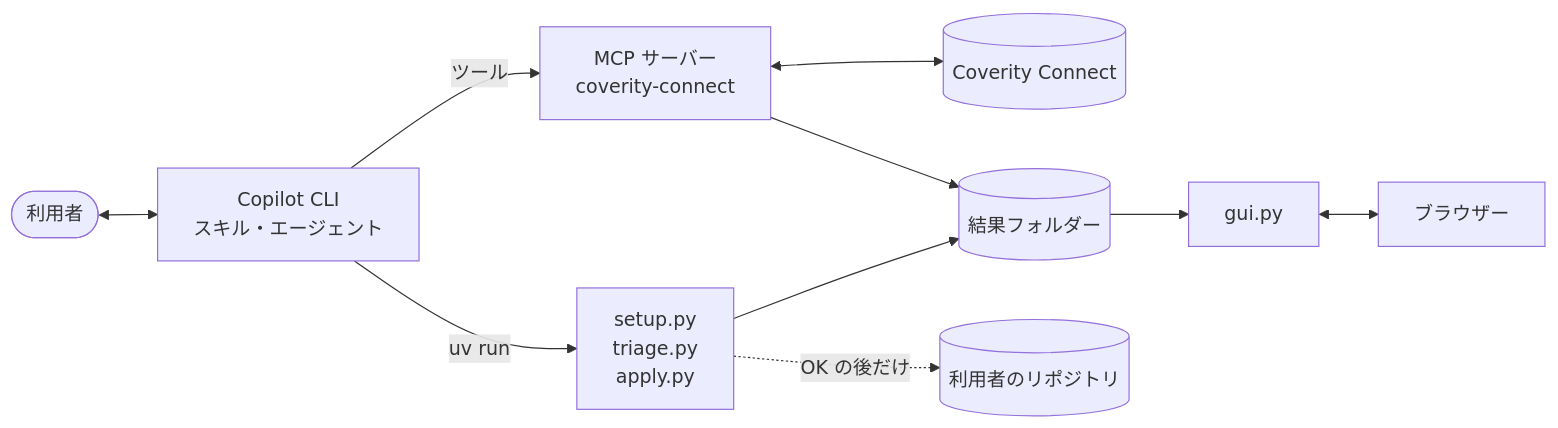
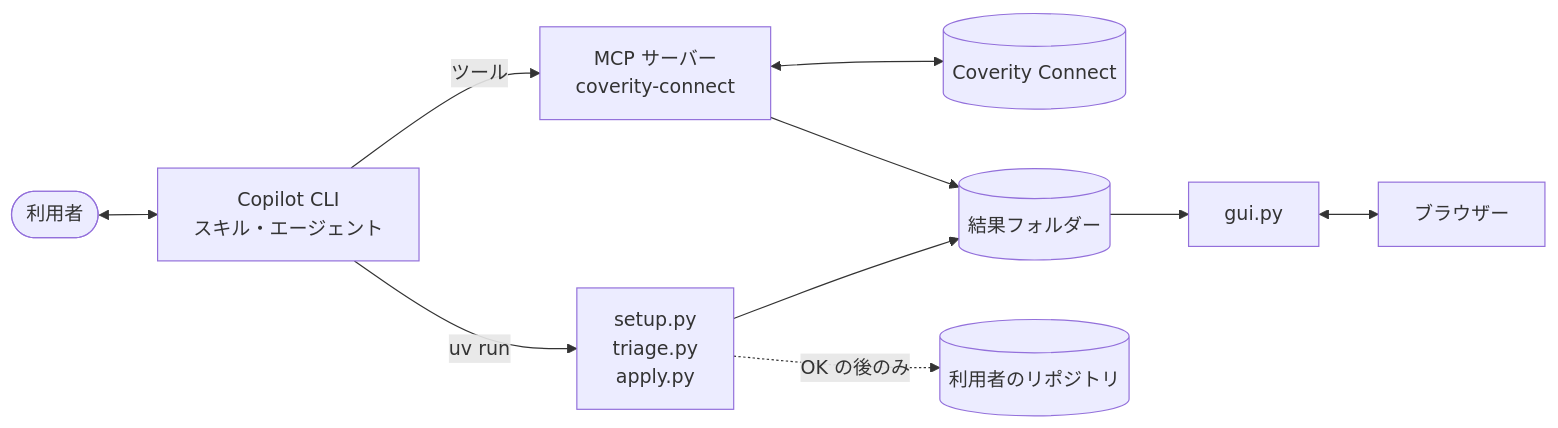
The first of 4 diagrams in docs-site/docs/dev/architecture.md (xclang-brain/plugin-market-place), drawn with Mermaid before and after one commit. The commit also changed other lines of this file and 9 other files, not shown here.

````diff
--- a/docs-site/docs/dev/architecture.md
+++ b/docs-site/docs/dev/architecture.md
@@ -7,11 +7,11 @@
 ```mermaid
 flowchart LR
   user(["利用者"]) <--> cli["Copilot CLI<br>スキル・エージェント"]
   cli -- "uv run" --> scripts["setup.py<br>triage.py<br>apply.py"]
   cli -- "ツール" --> mcp["MCP サーバー<br>coverity-connect"]
   mcp <--> cov[("Coverity Connect")]
   scripts --> run[("結果フォルダー")]
   mcp --> run
   run --> gui["gui.py"] <--> browser["ブラウザー"]
-  scripts -. "OK の後だけ" .-> repo[("利用者のリポジトリ")]
+  scripts -. "OK の後のみ" .-> repo[("利用者のリポジトリ")]
 ```
````
